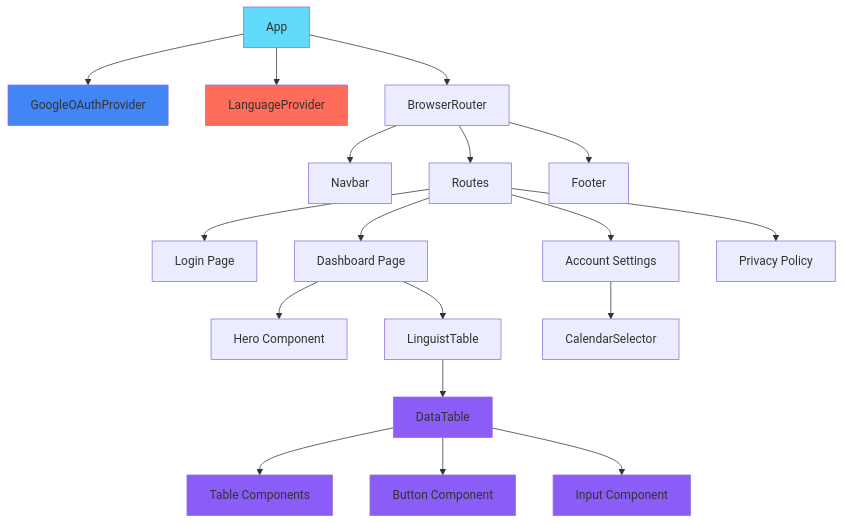
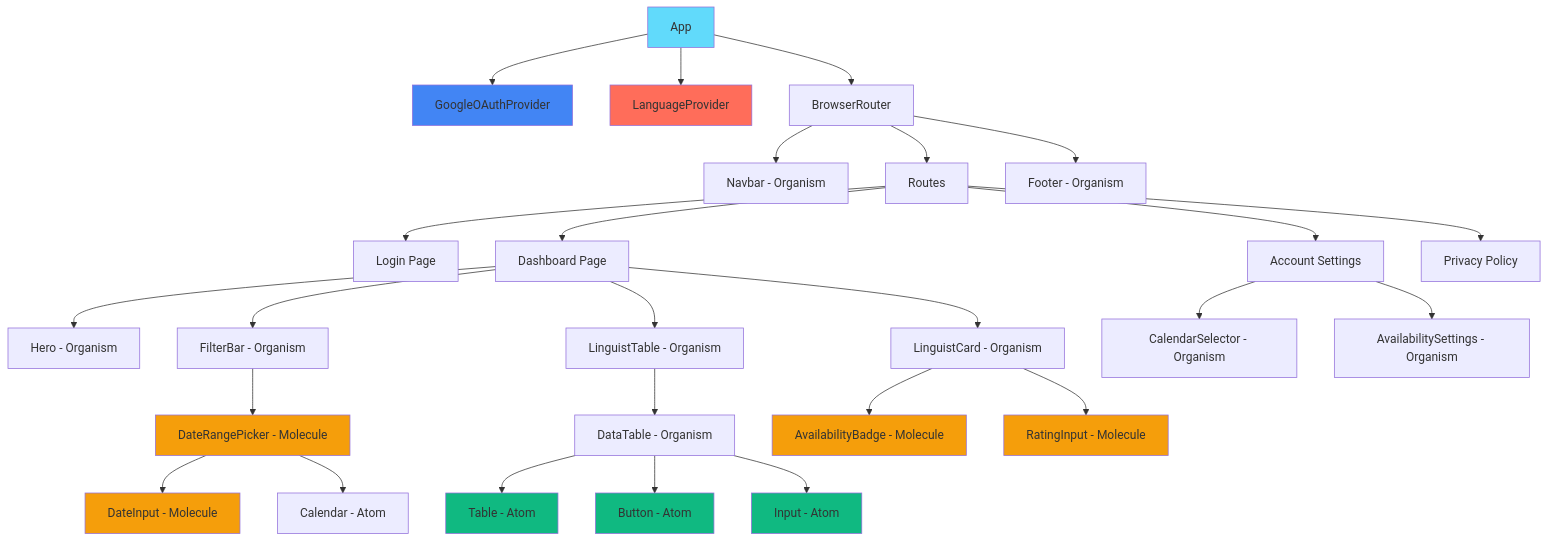
One commit to nicmart-dev/linguistnow changed the second of 5 diagrams in docs/architecture/architecture-overview.md. Above: the diagram before and after it, drawn with Mermaid. The commit also changed other lines of this file and 51 other files, not shown here.

````diff
--- a/docs/architecture/architecture-overview.md
+++ b/docs/architecture/architecture-overview.md
@@ -148,33 +204,46 @@
 ```mermaid
 graph TD
     A[App] --> B[GoogleOAuthProvider]
     A --> C[LanguageProvider]
     A --> D[BrowserRouter]
 
-    D --> E[Navbar]
+    D --> E[Navbar - Organism]
     D --> F[Routes]
-    D --> Z[Footer]
+    D --> Z[Footer - Organism]
 
     F --> G[Login Page]
     F --> H[Dashboard Page]
     F --> I[Account Settings]
     F --> J[Privacy Policy]
 
-    H --> K[Hero Component]
-    H --> L[LinguistTable]
+    H --> K[Hero - Organism]
+    H --> L[FilterBar - Organism]
+    H --> M[LinguistTable - Organism]
+    H --> N[LinguistCard - Organism]
 
-    L --> M[DataTable]
-    M --> N[Table Components]
-    M --> O[Button Component]
-    M --> P[Input Component]
+    M --> O[DataTable - Organism]
+    O --> P[Table - Atom]
+    O --> Q[Button - Atom]
+    O --> R[Input - Atom]
 
-    I --> Q[CalendarSelector]
+    L --> S[DateRangePicker - Molecule]
+    S --> T[DateInput - Molecule]
+    S --> U[Calendar - Atom]
+
+    N --> V[AvailabilityBadge - Molecule]
+    N --> W[RatingInput - Molecule]
+
+    I --> X[CalendarSelector - Organism]
+    I --> Y[AvailabilitySettings - Organism]
 
     style A fill:#61dafb
     style B fill:#4285f4
     style C fill:#ff6d5a
-    style M fill:#8b5cf6
-    style N fill:#8b5cf6
-    style O fill:#8b5cf6
-    style P fill:#8b5cf6
+    style P fill:#10b981
+    style Q fill:#10b981
+    style R fill:#10b981
+    style T fill:#f59e0b
+    style S fill:#f59e0b
+    style V fill:#f59e0b
+    style W fill:#f59e0b
 ```
````
